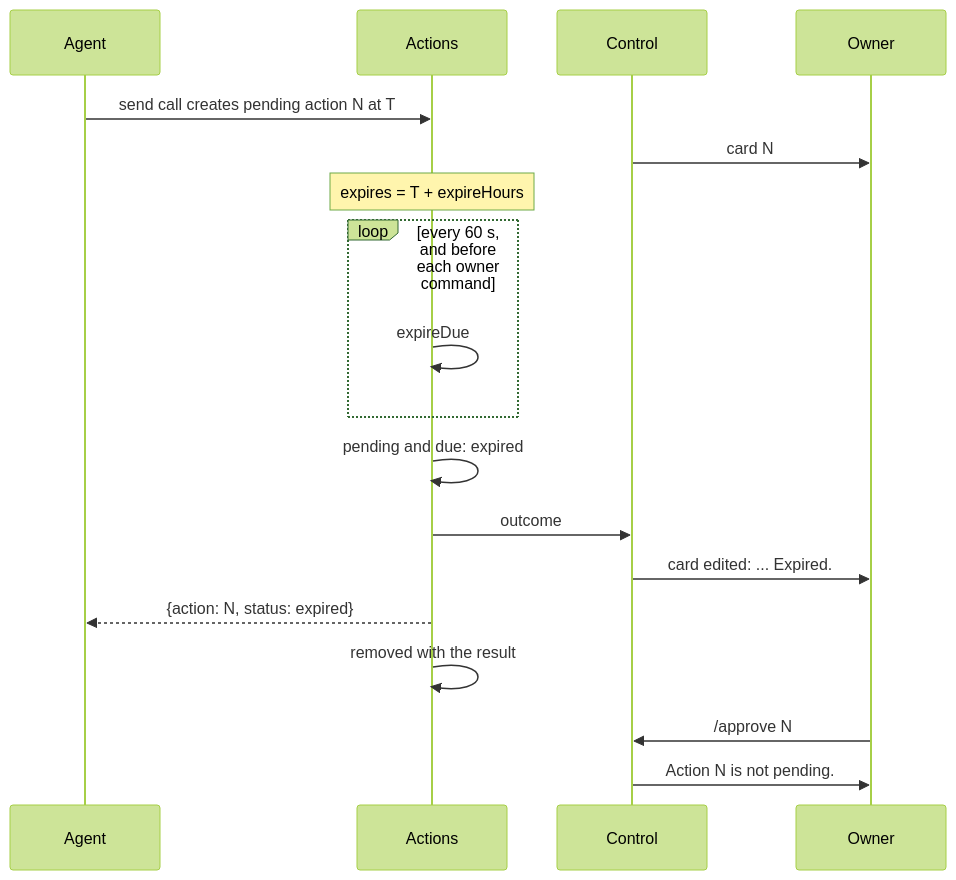
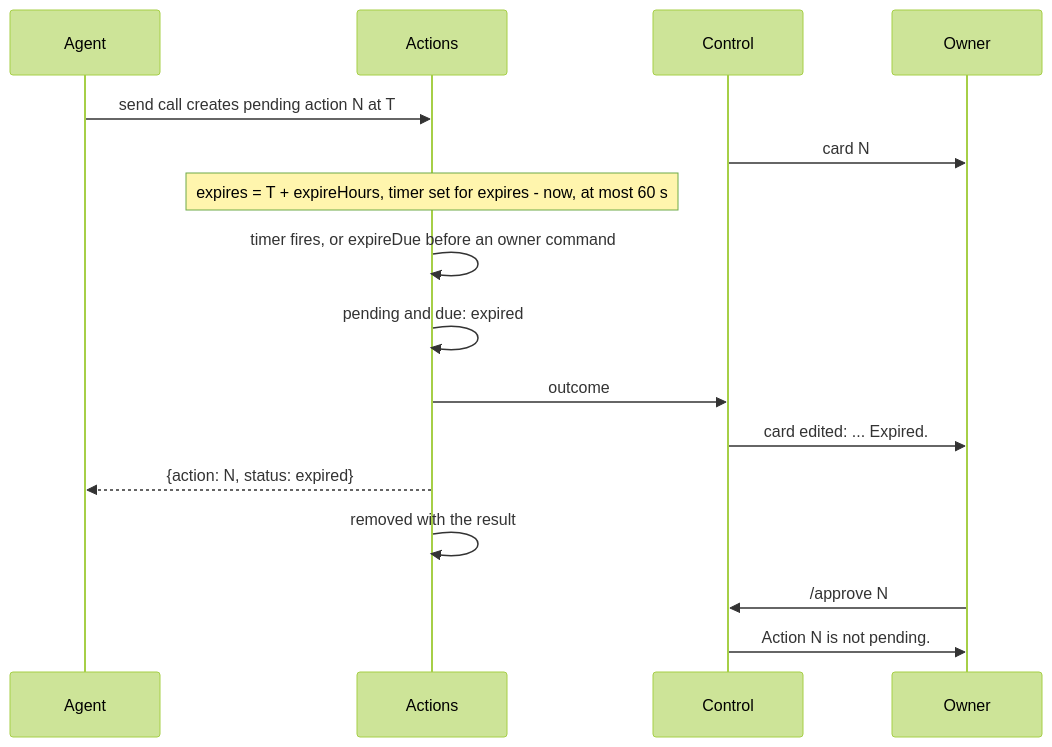
Before and after one commit to simplex-chat/simplex-chat: the ninth of 30 diagrams in packages/simplex-chat-mcp/spec/flows.md, drawn with Mermaid (forest theme). The commit also changed other lines of this file and 62 other files, not shown here.

````diff
--- a/packages/simplex-chat-mcp/spec/flows.md
+++ b/packages/simplex-chat-mcp/spec/flows.md
@@ -407,20 +424,18 @@
 ```mermaid
 sequenceDiagram
   participant A as Agent
   participant X as Actions
   participant K as Control
   participant O as Owner
   A->>X: send call creates pending action N at T
   K->>O: card N
-  Note over X: expires = T + expireHours
-  loop every 60 s, and before each owner command
-    X->>X: expireDue
-  end
+  Note over X: expires = T + expireHours, timer set for expires - now, at most 60 s
+  X->>X: timer fires, or expireDue before an owner command
   X->>X: pending and due: expired
   X->>K: outcome
   K->>O: card edited: ... Expired.
   X-->>A: {action: N, status: expired}
   X->>X: removed with the result
   O->>K: /approve N
   K->>O: Action N is not pending.
 ```
````
